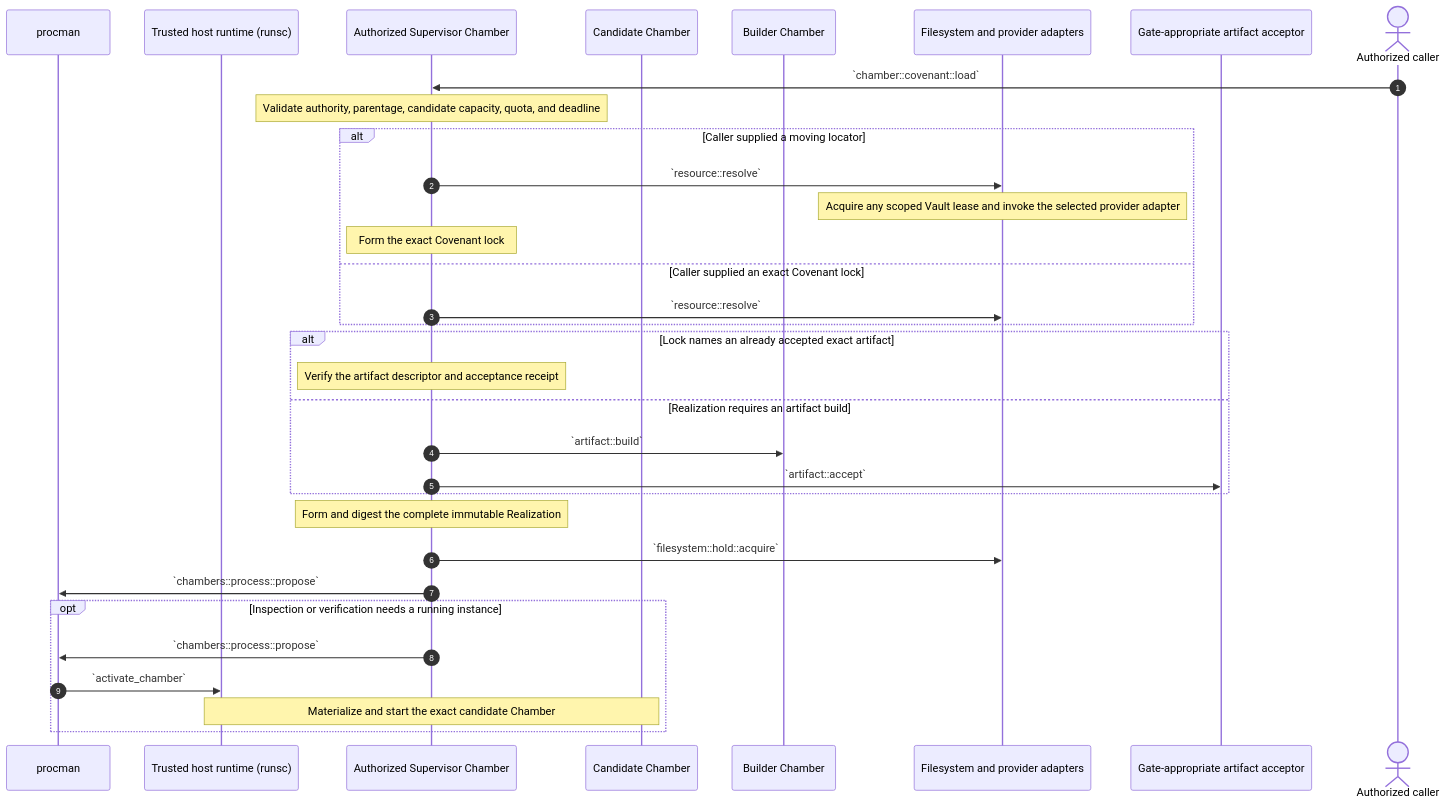
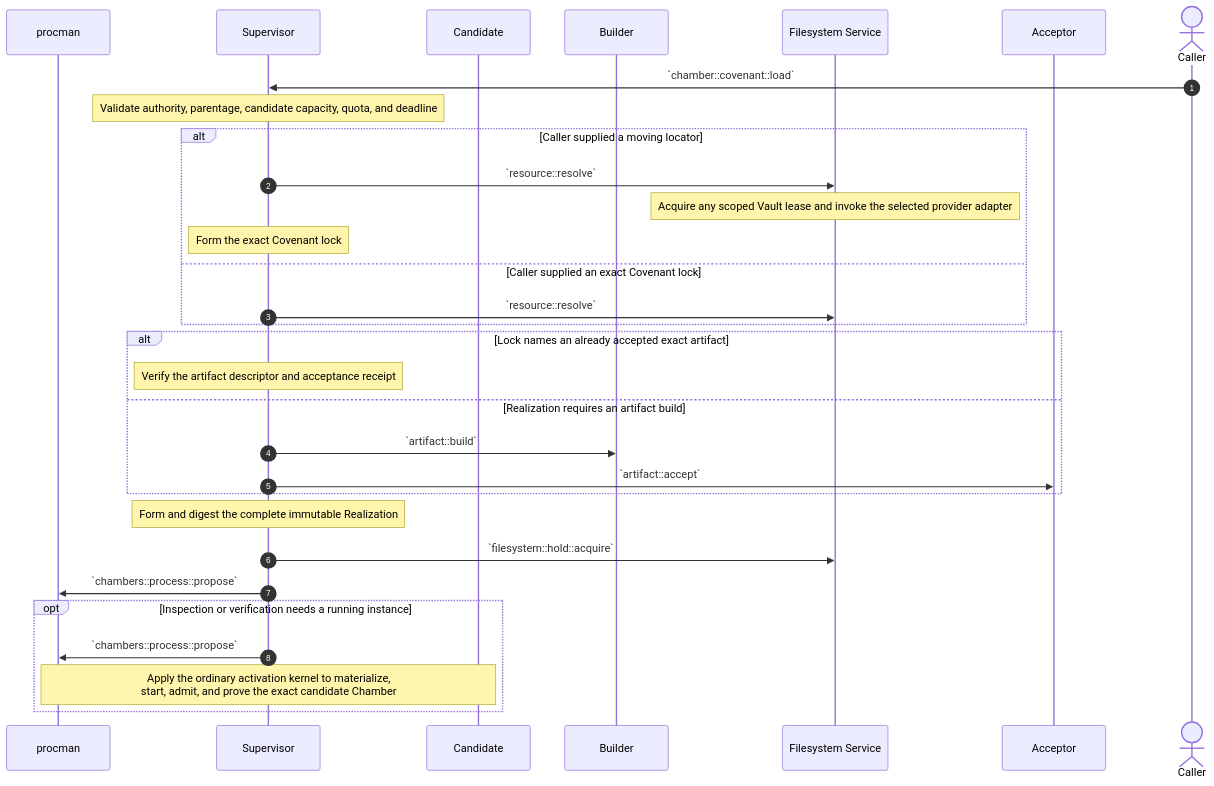
One commit to dreamcatcher-tech/chambers-lifecycle-explorer changed the sixth of 12 diagrams in source/chambers-lifecycle-sequences.md. Above: the diagram before and after it, drawn with Mermaid. The commit also changed other lines of this file and 7 other files, not shown here.

````diff
--- a/source/chambers-lifecycle-sequences.md
+++ b/source/chambers-lifecycle-sequences.md
@@ -610,41 +747,39 @@
 ```mermaid
 sequenceDiagram
     autonumber
     participant procman
-    participant Runtime as Trusted host runtime (runsc)
-    participant Supervisor as Authorized Supervisor Chamber
-    participant Candidate as Candidate Chamber
-    participant Builder as Builder Chamber
-    participant Filesystem as Filesystem and provider adapters
-    participant Acceptor as Gate-appropriate artifact acceptor
-    actor Caller as Authorized caller
+    participant Supervisor
+    participant Candidate
+    participant Builder
+    participant Filesystem as Filesystem Service
+    participant Acceptor
+    actor Caller
 
     Caller->>Supervisor: `chamber::covenant::load`
     Note over Supervisor: Validate authority, parentage, candidate capacity, quota, and deadline
 
     alt Caller supplied a moving locator
         Supervisor->>Filesystem: `resource::resolve`
         Note over Filesystem: Acquire any scoped Vault lease and invoke the selected provider adapter
         Note over Supervisor: Form the exact Covenant lock
     else Caller supplied an exact Covenant lock
         Supervisor->>Filesystem: `resource::resolve`
     end
 
     alt Lock names an already accepted exact artifact
         Note over Supervisor: Verify the artifact descriptor and acceptance receipt
     else Realization requires an artifact build
         Supervisor->>Builder: `artifact::build`
         Supervisor->>Acceptor: `artifact::accept`
     end
 
     Note over Supervisor: Form and digest the complete immutable Realization
     Supervisor->>Filesystem: `filesystem::hold::acquire`
     Supervisor->>procman: `chambers::process::propose`
 
     opt Inspection or verification needs a running instance
         Supervisor->>procman: `chambers::process::propose`
-        procman->>Runtime: `activate_chamber`
-        Note over Runtime,Candidate: Materialize and start the exact candidate Chamber
+        Note over procman,Candidate: Apply the ordinary activation kernel to materialize,<br/>start, admit, and prove the exact candidate Chamber
     end
 
 ```
````
